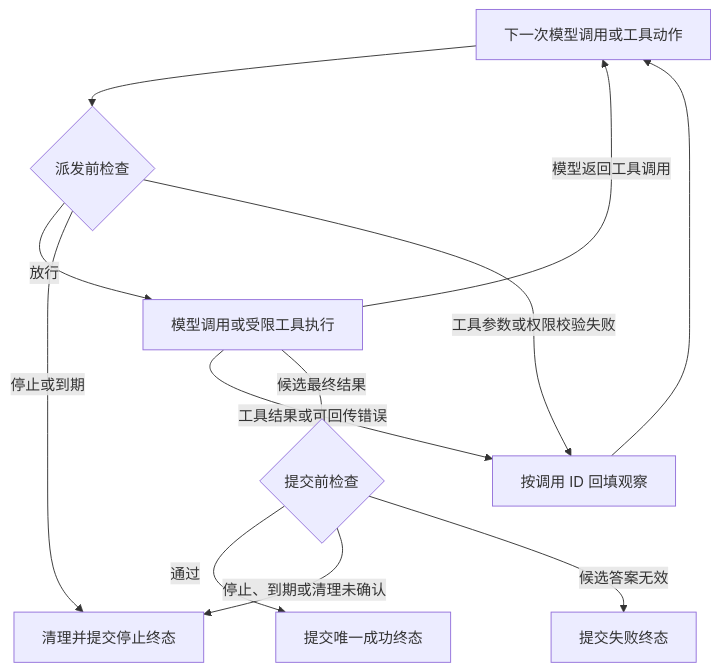
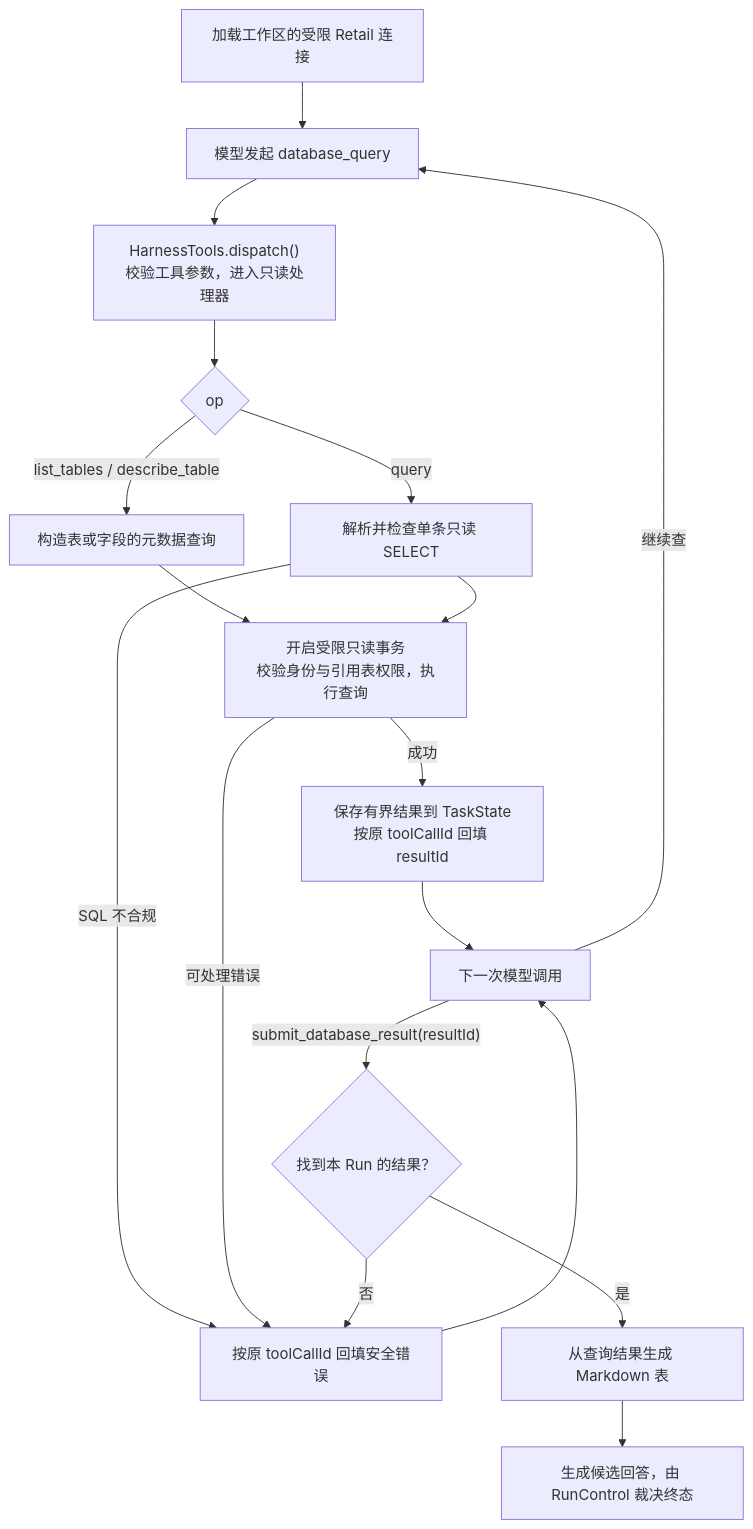
One commit to RuiLu007/compass changed the fifth of 7 diagrams in mai-specs/989-lesson-15-agent-execution-kernel/design/TECH_DESIGN.md. Above: the diagram before and after it, drawn with Mermaid. The commit also changed other lines of this file and 607 other files, not shown here.

````diff
--- a/mai-specs/989-lesson-15-agent-execution-kernel/design/TECH_DESIGN.md
+++ b/mai-specs/989-lesson-15-agent-execution-kernel/design/TECH_DESIGN.md
@@ -204,14 +319,21 @@
-```mermaid
+```mermaid 从查表到提交数据库结果
 flowchart TD
-    N["下一次模型调用或工具动作"] --> D{"派发前检查"}
-    D -->|"放行"| X["模型调用或受限工具执行"]
-    D -->|"停止或到期"| T["清理并提交停止终态"]
-    D -->|"工具参数或权限校验失败"| O["按调用 ID 回填观察"]
-    X -->|"模型返回工具调用"| N
-    X -->|"工具结果或可回传错误"| O
-    O --> N
-    X -->|"候选最终结果"| C{"提交前检查"}
-    C -->|"通过"| S["提交唯一成功终态"]
-    C -->|"停止、到期或清理未确认"| T
-    C -->|"候选答案无效"| F["提交失败终态"]
+    accTitle: 从查表到提交数据库结果
+    A["加载工作区的受限 Retail 连接"] --> B["模型发起 database_query"]
+    B --> Dispatch["HarnessTools.dispatch()<br/>校验工具参数，进入只读处理器"]
+    Dispatch --> C{"op"}
+    C -->|"list_tables / describe_table"| D["构造表或字段的元数据查询"]
+    C -->|"query"| E["解析并检查单条只读 SELECT"]
+    E -->|"SQL 不合规"| H
+    D --> F["开启受限只读事务<br/>校验身份与引用表权限，执行查询"]
+    E --> F
+    F -->|"成功"| G["保存有界结果到 TaskState<br/>按原 toolCallId 回填 resultId"]
+    F -->|"可处理错误"| H["按原 toolCallId 回填安全错误"]
+    G --> I["下一次模型调用"]
+    H --> I
+    I -->|"继续查"| B
+    I -->|"submit_database_result(resultId)"| Submit{"找到本 Run 的结果？"}
+    Submit -->|"是"| J["从查询结果生成 Markdown 表"]
+    Submit -->|"否"| H
+    J --> K["生成候选回答，由 RunControl 裁决终态"]
 ```
````
